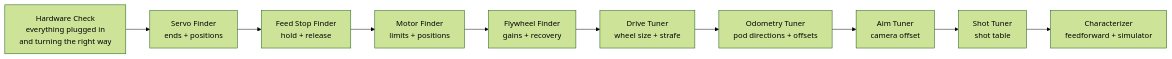
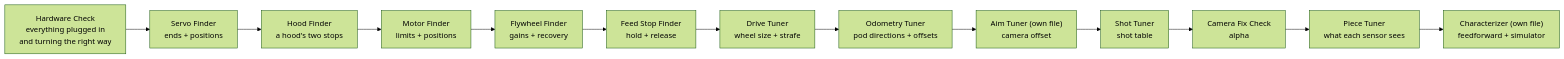
One commit to crossbotics/ftc-helper-lib changed the diagram in docs/guides/finders.md. Above: the diagram before and after it, drawn with Mermaid (forest theme). The commit also changed other lines of this file and 7 other files, not shown here.

Commit message:
Finders guide: one order (the Tune and check menu), need/done lines, four diagrams, a check for the order

````diff
--- a/docs/guides/finders.md
+++ b/docs/guides/finders.md
@@ -57,12 +60,15 @@
 ```mermaid
 flowchart LR
     H["Hardware Check<br/>everything plugged in<br/>and turning the right way"] --> S["Servo Finder<br/>ends + positions"]
-    S --> FS["Feed Stop Finder<br/>hold + release"]
-    FS --> M["Motor Finder<br/>limits + positions"]
+    S --> HO["Hood Finder<br/>a hood's two stops"]
+    HO --> M["Motor Finder<br/>limits + positions"]
     M --> F["Flywheel Finder<br/>gains + recovery"]
-    F --> D["Drive Tuner<br/>wheel size + strafe"]
+    F --> FS["Feed Stop Finder<br/>hold + release"]
+    FS --> D["Drive Tuner<br/>wheel size + strafe"]
     D --> O["Odometry Tuner<br/>pod directions + offsets"]
-    O --> A["Aim Tuner<br/>camera offset"]
+    O --> A["Aim Tuner (own file)<br/>camera offset"]
     A --> T["Shot Tuner<br/>shot table"]
-    T --> C["Characterizer<br/>feedforward + simulator"]
+    T --> CF["Camera Fix Check<br/>alpha"]
+    CF --> P["Piece Tuner<br/>what each sensor sees"]
+    P --> C["Characterizer (own file)<br/>feedforward + simulator"]
 ```
````
